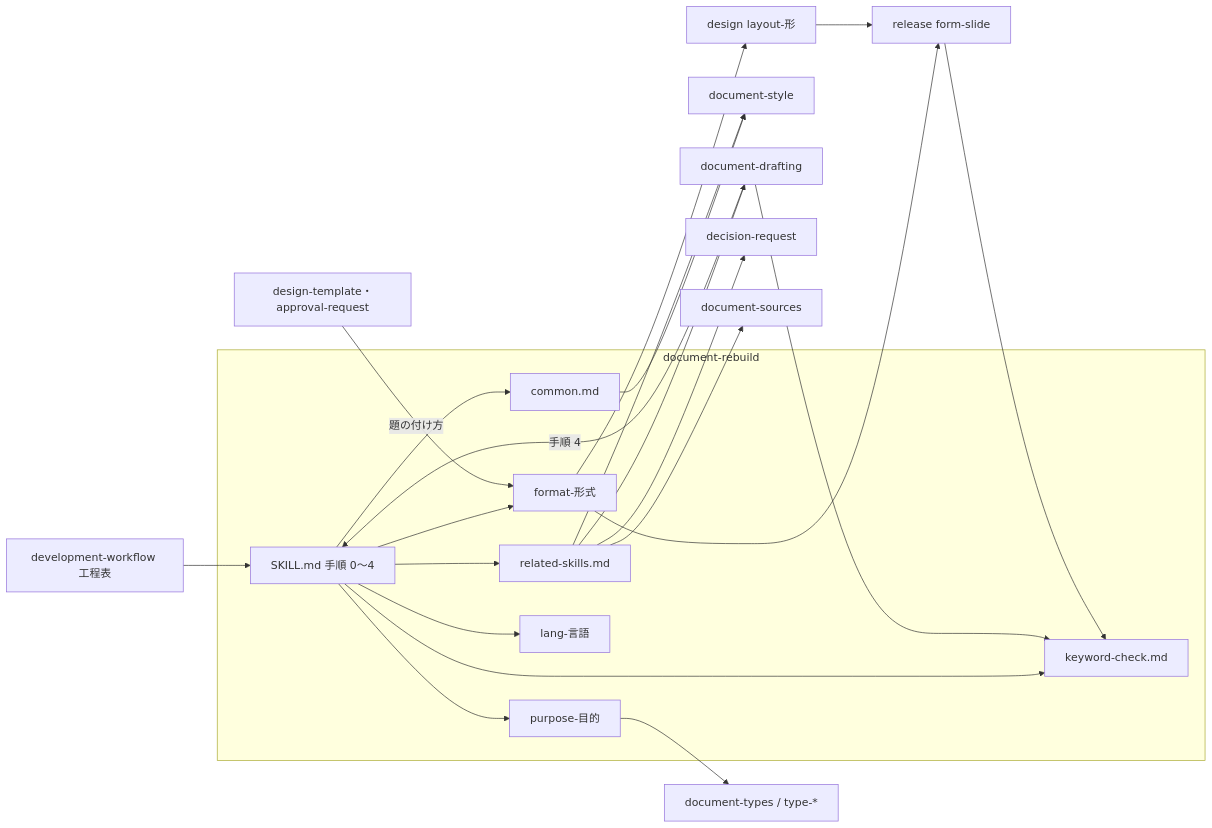
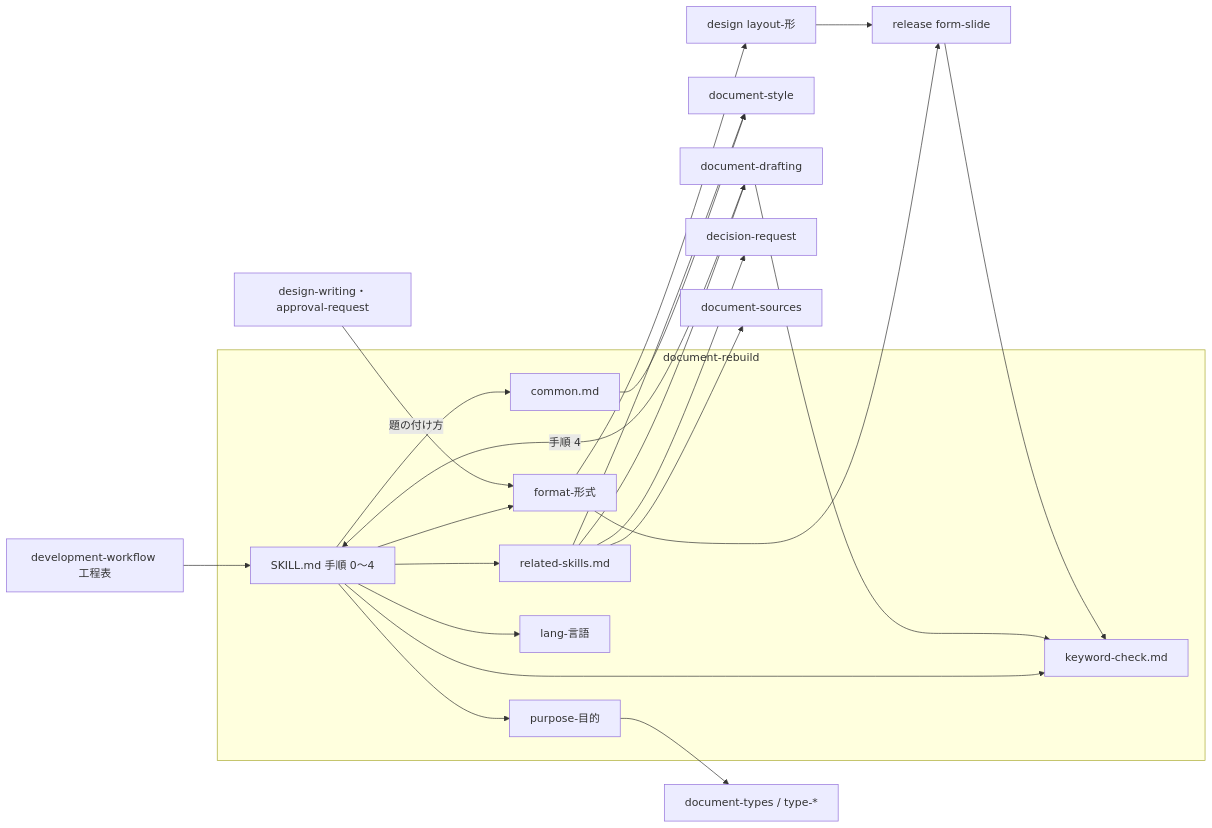
Before and after one commit to devbasex/ai-plugins: the diagram in docs/specifications/ndf-document-rebuild.md, drawn with Mermaid. The commit also changed other lines of this file and 28 other files, not shown here.

````diff
--- a/docs/specifications/ndf-document-rebuild.md
+++ b/docs/specifications/ndf-document-rebuild.md
@@ -126,23 +126,23 @@
 ```mermaid
 graph LR
   subgraph DR["document-rebuild"]
     S[SKILL.md 手順 0〜4]
     C[common.md]
     R[related-skills.md]
     T[keyword-check.md]
     O[format-形式]
     P[purpose-目的]
     L[lang-言語]
   end
   S --> C & R & O & P & L & T
   C --> DS[document-style]
   R --> DS & DD[document-drafting] & DQ[decision-request] & SO[document-sources]
   O --> FS[release form-slide] & LY[design layout-形]
   P --> DT[document-types / type-*]
   DD -->|手順 4| S
   DD --> T
   FS --> T
   LY --> FS
   WF[development-workflow 工程表] --> S
-  DT2[design-template・approval-request] -->|題の付け方| O
+  DT2[design-writing・approval-request] -->|題の付け方| O
 ```
````
